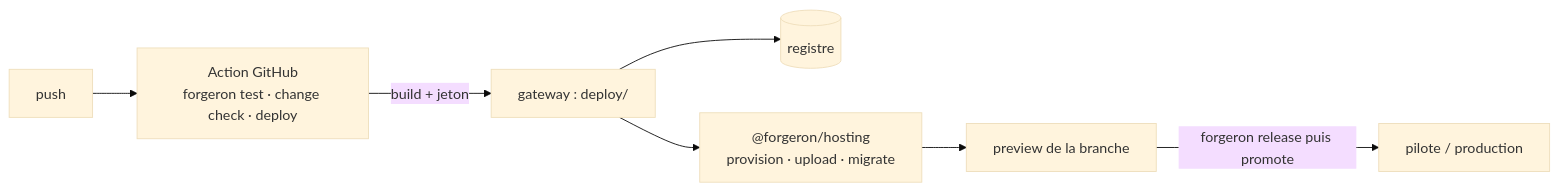
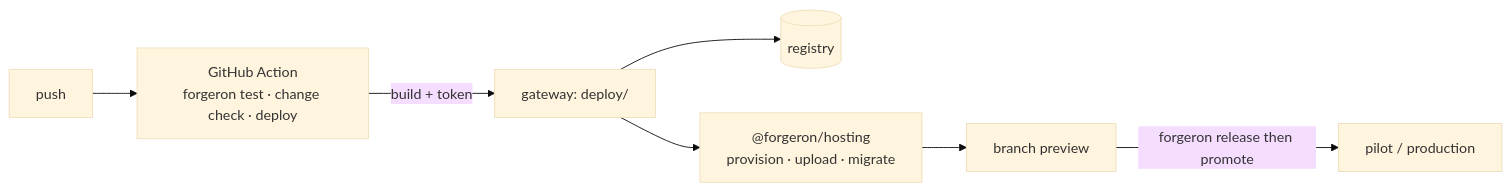
One commit to forgeron-sh/monorepo changed the second of 3 diagrams in docs/ARCHITECTURE.md. Above: the diagram before and after it, drawn with Mermaid (base theme). The commit also changed other lines of this file and 128 other files, not shown here.

````diff
--- a/docs/ARCHITECTURE.md
+++ b/docs/ARCHITECTURE.md
@@ -172,9 +172,9 @@
 ```mermaid
 flowchart LR
-  P[push] --> A["Action GitHub<br/>forgeron test · change check · deploy"]
-  A -->|"build + jeton"| D["gateway : deploy/"]
-  D --> R[("registre")]
+  P[push] --> A["GitHub Action<br/>forgeron test · change check · deploy"]
+  A -->|"build + token"| D["gateway: deploy/"]
+  D --> R[("registry")]
   D --> H["@forgeron/hosting<br/>provision · upload · migrate"]
-  H --> PV[preview de la branche]
-  PV -->|"forgeron release puis promote"| PR[pilote / production]
+  H --> PV[branch preview]
+  PV -->|"forgeron release then promote"| PR[pilot / production]
 ```
````
